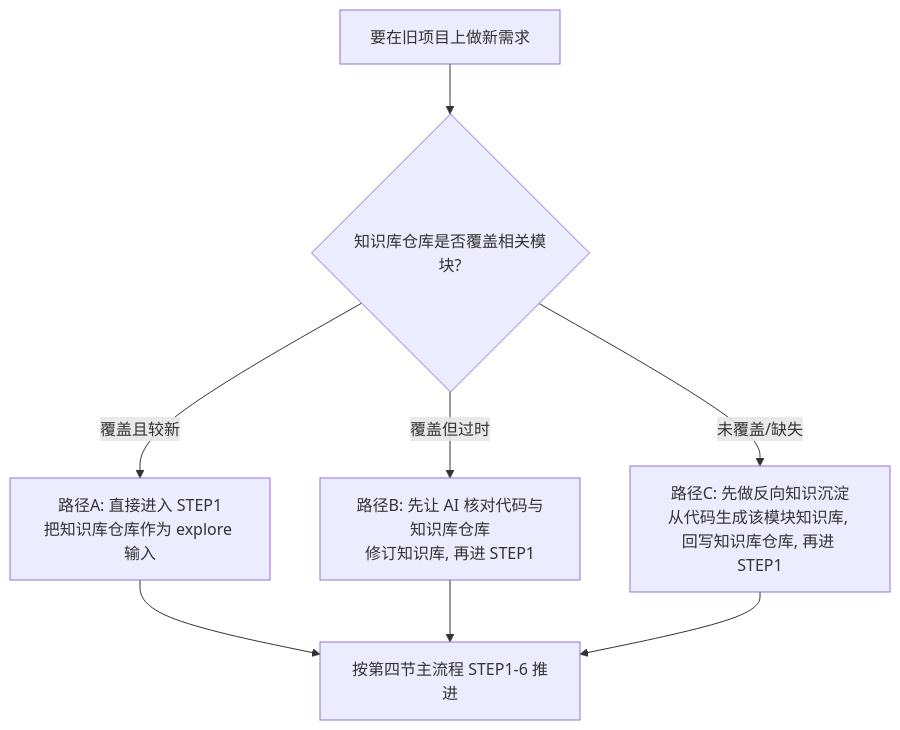
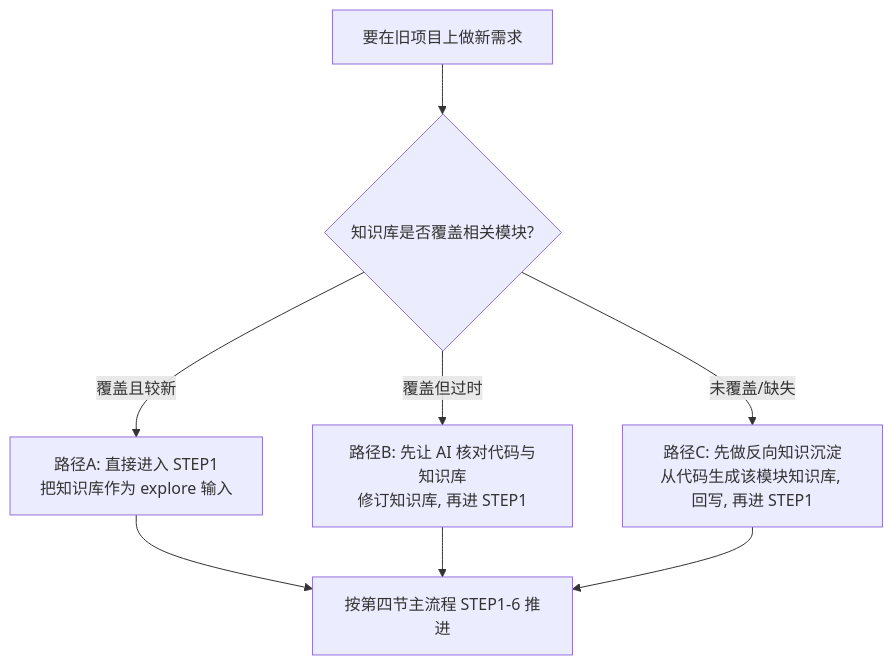
The second of 2 diagrams in README_cn.md (Apriorhythm/apriori-spec-development), drawn with Mermaid before and after one commit. The commit also changed other lines of this file and 1 other file, not shown here.

````diff
--- a/README_cn.md
+++ b/README_cn.md
@@ -516,10 +593,10 @@
 ```mermaid
 graph TD
-    X[要在旧项目上做新需求] --> Y{知识库仓库是否覆盖相关模块?}
-    Y -- 覆盖且较新 --> P1[路径A: 直接进入 STEP1<br/>把知识库仓库作为 explore 输入]
-    Y -- 覆盖但过时 --> P2[路径B: 先让 AI 核对代码与知识库仓库<br/>修订知识库, 再进 STEP1]
-    Y -- 未覆盖/缺失 --> P3[路径C: 先做反向知识沉淀<br/>从代码生成该模块知识库, 回写知识库仓库, 再进 STEP1]
+    X[要在旧项目上做新需求] --> Y{知识库是否覆盖相关模块?}
+    Y -- 覆盖且较新 --> P1[路径A: 直接进入 STEP1<br/>把知识库作为 explore 输入]
+    Y -- 覆盖但过时 --> P2[路径B: 先让 AI 核对代码与知识库<br/>修订知识库, 再进 STEP1]
+    Y -- 未覆盖/缺失 --> P3[路径C: 先做反向知识沉淀<br/>从代码生成该模块知识库, 回写, 再进 STEP1]
     P1 --> Z[按第四节主流程 STEP1-6 推进]
     P2 --> Z
     P3 --> Z
 ```
````
